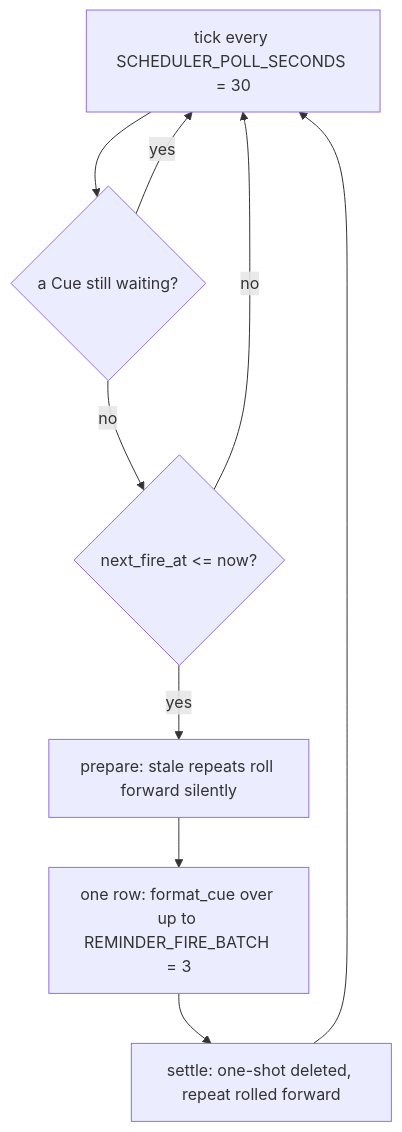
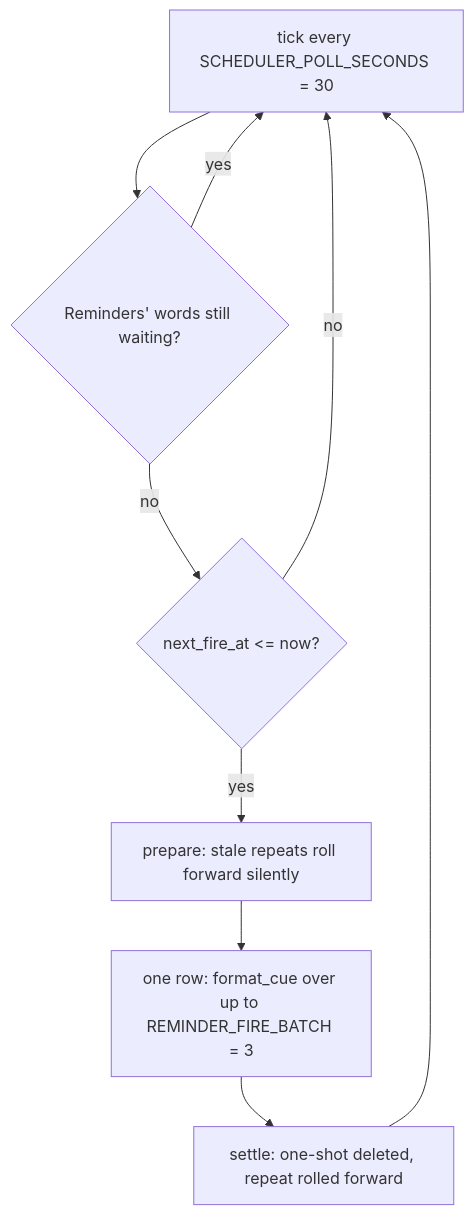
The tenth of 13 diagrams in docs/AGENT_ARCH.md (myvaheed/tg-ai-safwa), drawn with Mermaid before and after one commit. The commit also changed other lines of this file and 7 other files, not shown here.

````diff
--- a/docs/AGENT_ARCH.md
+++ b/docs/AGENT_ARCH.md
@@ -531,11 +535,11 @@
 ```mermaid
 flowchart TB
-    TICK[tick every SCHEDULER_POLL_SECONDS = 30] --> PEND{a Cue still waiting?}
+    TICK[tick every SCHEDULER_POLL_SECONDS = 30] --> PEND{Reminders' words still waiting?}
     PEND -->|yes| TICK
     PEND -->|no| DUE{next_fire_at <= now?}
     DUE -->|no| TICK
     DUE -->|yes| PREP[prepare: stale repeats roll forward silently]
     PREP --> WRITE[one row: format_cue over up to REMINDER_FIRE_BATCH = 3]
     WRITE --> SETTLE[settle: one-shot deleted, repeat rolled forward]
     SETTLE --> TICK
 ```
````
